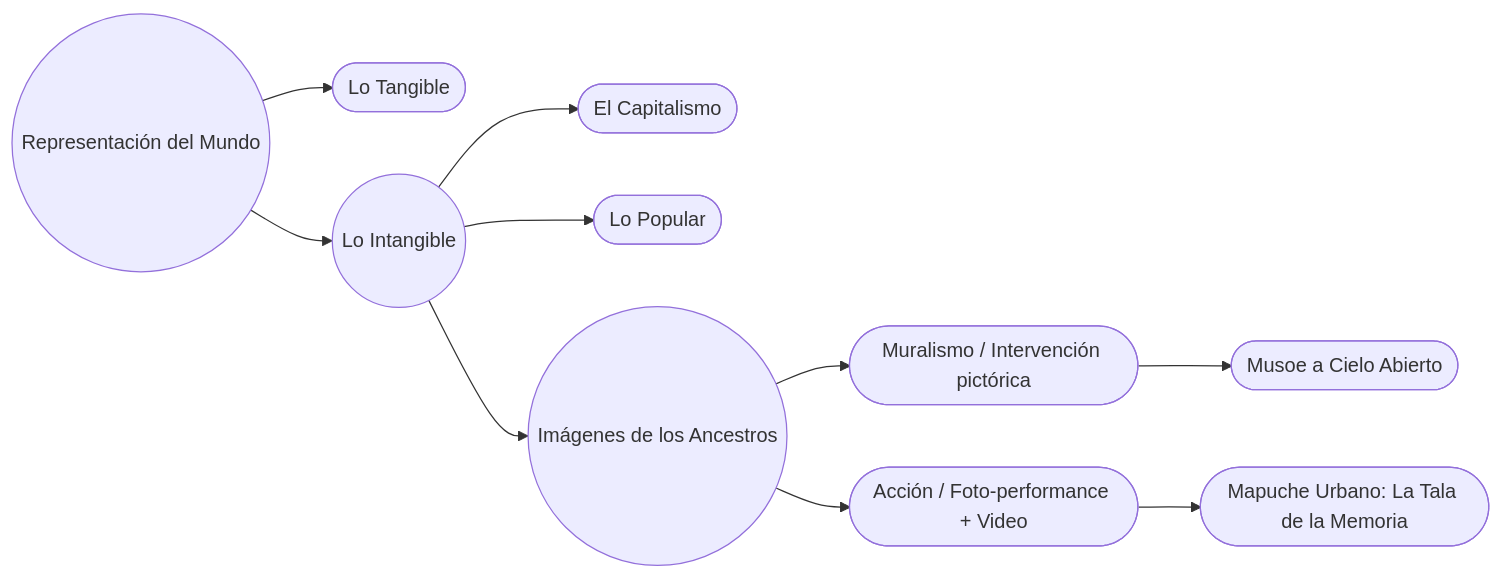
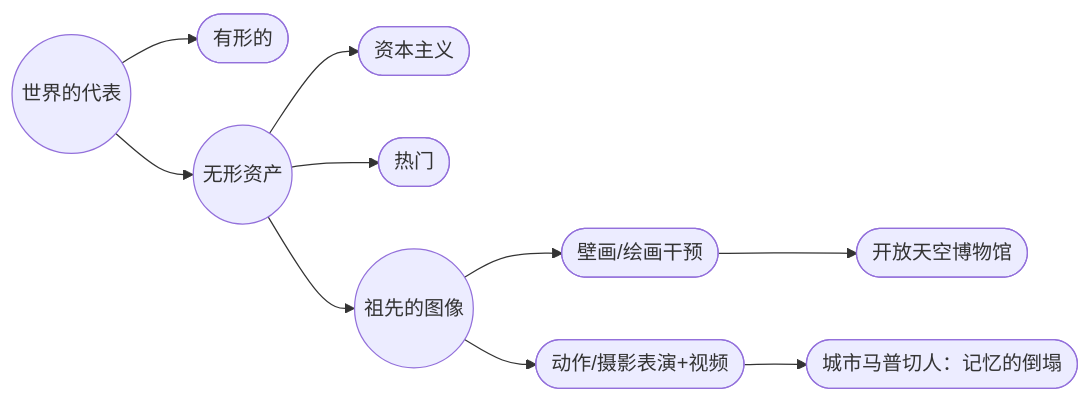
The diagram in CHN/imagenes-ancestros.md (EGGS-Artesvisuales/EGGS-Artesvisuales.github.io), drawn with Mermaid before and after one commit. The commit also changed other lines of this file and 43 other files, not shown here.

```diff
--- a/CHN/imagenes-ancestros.md
+++ b/CHN/imagenes-ancestros.md
@@ -23,34 +23,34 @@
 <div class="mermaid">
 graph LR
-  A((Representación del Mundo)) --> T([Lo Tangible])
-  A --> I((Lo Intangible))
+  A((世界的代表)) --> T([有形的])
+  A --> I((无形资产))
 
-  I --> C([El Capitalismo])
-  I --> P([Lo Popular])
-  I --> AN((Imágenes de los Ancestros))
+  I --> C([资本主义])
+  I --> P([热门])
+  I --> AN((祖先的图像))
 
   %% Contenedores por medio
-  AN --> AN_M([Muralismo / Intervención pictórica])
-  AN --> AN_A([Acción / Foto-performance + Video])
+  AN --> AN_M([壁画/绘画干预])
+  AN --> AN_A([动作/摄影表演+视频])
 
   %% Obras
-  AN_M --> MCA([Musoe a Cielo Abierto])
-  AN_A --> MU([Mapuche Urbano: La Tala de la Memoria])
+  AN_M --> MCA([开放天空博物馆])
+  AN_A --> MU([城市马普切人：记忆的倒塌])
 
-  %% Links (ES)
-  click A "/CHN/mundo-exterior.html" "Ir a Representación del Mundo"
-  click T "/CHN/tangible.html" "Ir a Lo Tangible"
-  click I "/CHN/intangible.html" "Ir a Lo Intangible"
+  %% Links (是)
+  click A "/CHN/mundo-exterior.html" "前往世界代表"
+  click T "/CHN/tangible.html" "走向有形"
+  click I "/CHN/intangible.html" "走向无形"
 
-  click C "/CHN/imagenes-capitalismo.html" "Ir a El Capitalismo"
-  click P "/CHN/imagenes-popular.html" "Ir a Lo Popular"
-  click AN "/CHN/imagenes-ancestros.html" "Ir a Imágenes de los Ancestros"
+  click C "/CHN/imagenes-capitalismo.html" "走向资本主义"
+  click P "/CHN/imagenes-popular.html" "前往热门"
+  click AN "/CHN/imagenes-ancestros.html" "前往祖先画像"
 
-  %% Contenedores (en construcción)
-  click AN_M "/CHN/en-construccion.html" "En construcción"
-  click AN_A "/CHN/en-construccion.html" "En construcción"
+  %% Contenedores (建设中)
+  click AN_M "/CHN/en-construccion.html" "建设中"
+  click AN_A "/CHN/en-construccion.html" "建设中"
 
   %% Obras
-  click MCA "/CHN/musoe-a-cielo-abierto.html" "Ir a Musoe a Cielo Abierto (en desarrollo)"
-  click MU "/CHN/mapuche-urbano.html" "Ir a Mapuche Urbano"
+  click MCA "/CHN/musoe-a-cielo-abierto.html" "前往 Open Sky Musoe（开发中）"
+  click MU "/CHN/mapuche-urbano.html" "前往马普切市区"
 </div>
```
